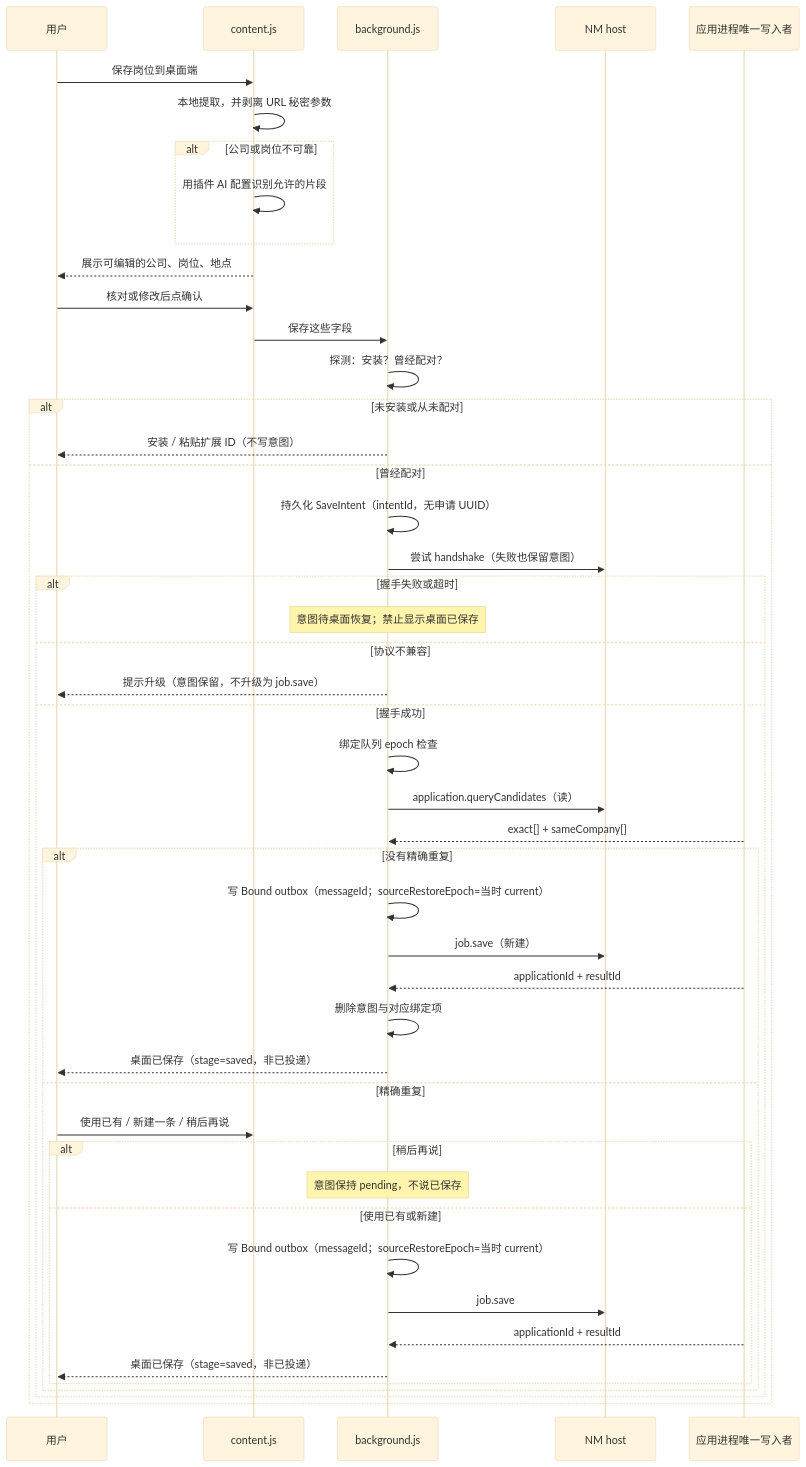
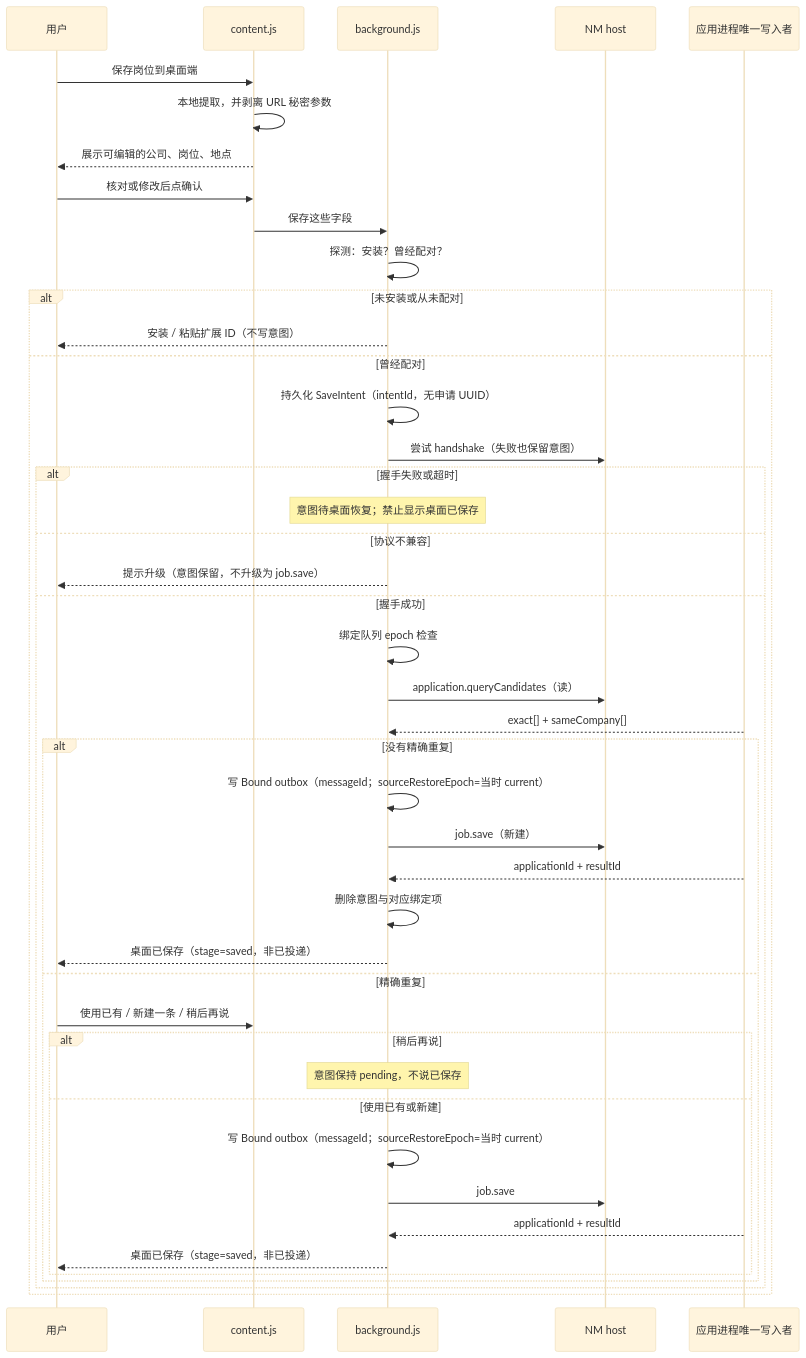
The first of 3 diagrams in docs/desktop-mvp/product-requirements.md (TshyGO/resume-form-assistant-plugin), drawn with Mermaid (base theme) before and after one commit. The commit also changed other lines of this file and 15 other files, not shown here.

````diff
--- a/docs/desktop-mvp/product-requirements.md
+++ b/docs/desktop-mvp/product-requirements.md
@@ -156,49 +156,46 @@
 ```mermaid
 sequenceDiagram
   participant U as 用户
   participant CS as content.js
   participant SW as background.js
   participant H as NM host
   participant APP as 应用进程唯一写入者
   U->>CS: 保存岗位到桌面端
   CS->>CS: 本地提取，并剥离 URL 秘密参数
-  alt 公司或岗位不可靠
-    CS->>CS: 用插件 AI 配置识别允许的片段
-  end
   CS-->>U: 展示可编辑的公司、岗位、地点
   U->>CS: 核对或修改后点确认
   CS->>SW: 保存这些字段
   SW->>SW: 探测：安装？曾经配对？
   alt 未安装或从未配对
     SW-->>U: 安装 / 粘贴扩展 ID（不写意图）
   else 曾经配对
     SW->>SW: 持久化 SaveIntent（intentId，无申请 UUID）
     SW->>H: 尝试 handshake（失败也保留意图）
     alt 握手失败或超时
       Note over SW: 意图待桌面恢复；禁止显示桌面已保存
     else 协议不兼容
       SW-->>U: 提示升级（意图保留，不升级为 job.save）
     else 握手成功
       SW->>SW: 绑定队列 epoch 检查
       SW->>H: application.queryCandidates（读）
       APP-->>SW: exact[] + sameCompany[]
       alt 没有精确重复
         SW->>SW: 写 Bound outbox（messageId；sourceRestoreEpoch=当时 current）
         SW->>H: job.save（新建）
         APP-->>SW: applicationId + resultId
         SW->>SW: 删除意图与对应绑定项
         SW-->>U: 桌面已保存（stage=saved，非已投递）
       else 精确重复
         U->>CS: 使用已有 / 新建一条 / 稍后再说
         alt 稍后再说
           Note over SW: 意图保持 pending，不说已保存
         else 使用已有或新建
           SW->>SW: 写 Bound outbox（messageId；sourceRestoreEpoch=当时 current）
           SW->>H: job.save
           APP-->>SW: applicationId + resultId
           SW-->>U: 桌面已保存（stage=saved，非已投递）
         end
       end
     end
   end
 ```
````
